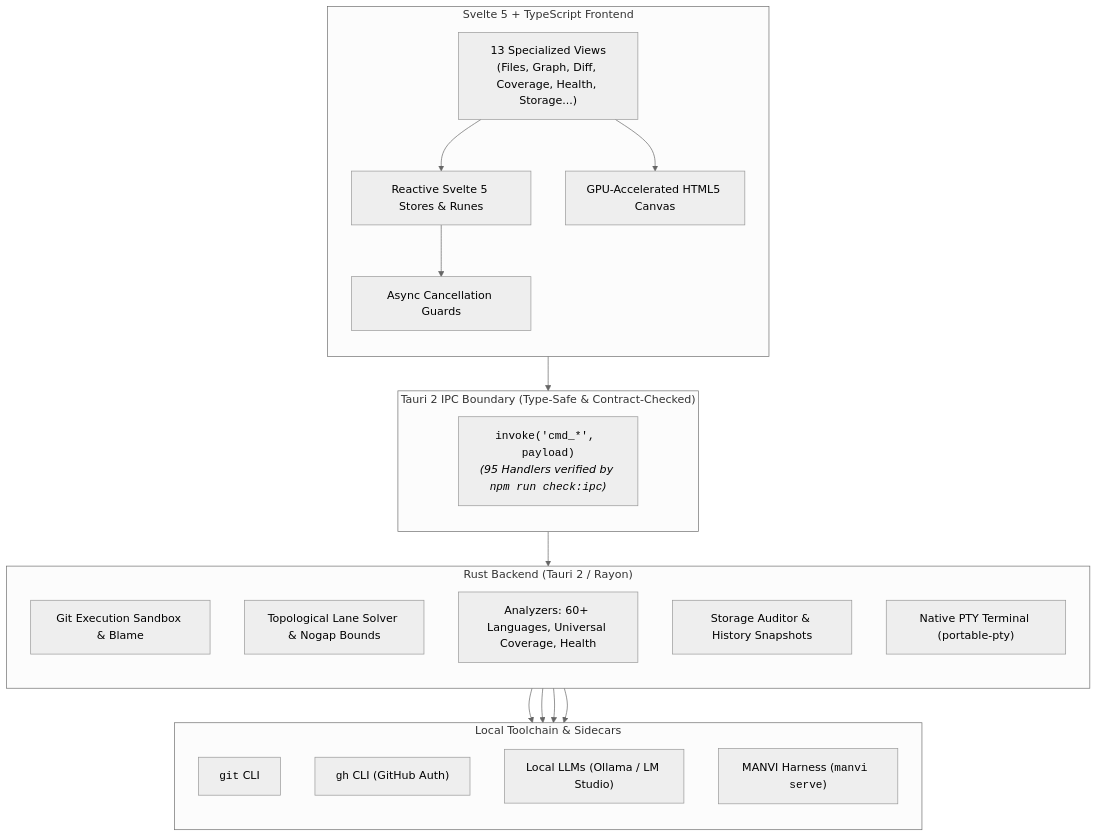
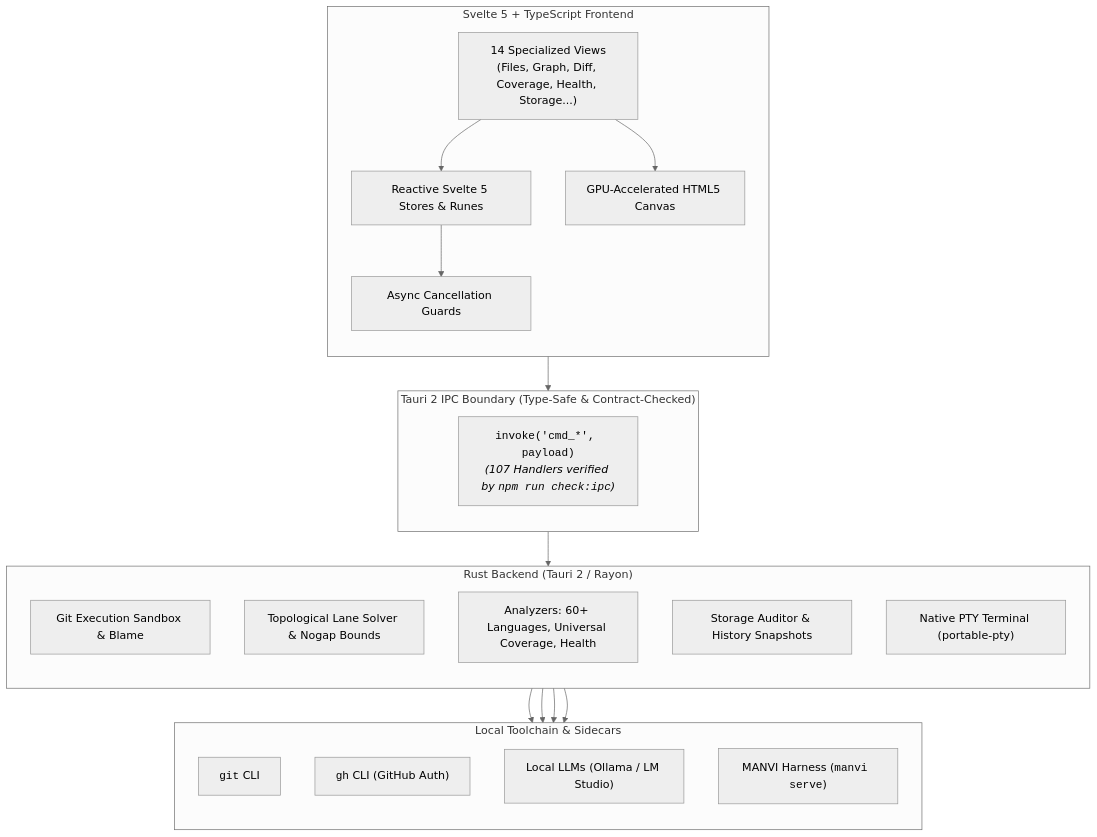
One commit to bharathvbcr/GitPulse changed the first of 4 diagrams in README.md. Above: the diagram before and after it, drawn with Mermaid (neutral theme). The commit also changed other lines of this file and 50 other files, not shown here.

````diff
--- a/README.md
+++ b/README.md
@@ -41,43 +41,43 @@
 ```mermaid
 flowchart TB
     subgraph Frontend["Svelte 5 + TypeScript Frontend"]
         direction TB
-        Views["13 Specialized Views<br/>(Files, Graph, Diff, Coverage, Health, Storage...)"]
+        Views["14 Specialized Views<br/>(Files, Graph, Diff, Coverage, Health, Storage...)"]
         Stores["Reactive Svelte 5 Stores & Runes"]
         CanvasEngine["GPU-Accelerated HTML5 Canvas"]
         AsyncGuards["Async Cancellation Guards"]
         
         Views --> Stores
         Views --> CanvasEngine
         Stores --> AsyncGuards
     end
 
     subgraph IPC["Tauri 2 IPC Boundary (Type-Safe & Contract-Checked)"]
         direction TB
-        IPCBridge["<code>invoke('cmd_*', payload)</code><br/><i>(95 Handlers verified by <code>npm run check:ipc</code>)</i>"]
+        IPCBridge["<code>invoke('cmd_*', payload)</code><br/><i>(107 Handlers verified by <code>npm run check:ipc</code>)</i>"]
     end
 
     subgraph Backend["Rust Backend (Tauri 2 / Rayon)"]
         direction TB
         GitSandbox["Git Execution Sandbox & Blame"]
         GraphSolver["Topological Lane Solver & Nogap Bounds"]
         Analyzers["Analyzers: 60+ Languages, Universal Coverage, Health"]
         StorageEngine["Storage Auditor & History Snapshots"]
         TerminalPTY["Native PTY Terminal (portable-pty)"]
     end
 
     subgraph LocalTools["Local Toolchain & Sidecars"]
         direction TB
         GitCLI["<code>git</code> CLI"]
         GhCLI["<code>gh</code> CLI (GitHub Auth)"]
         LocalAI["Local LLMs (Ollama / LM Studio)"]
         ManviSidecar["MANVI Harness (<code>manvi serve</code>)"]
     end
 
     AsyncGuards --> IPCBridge
     IPCBridge --> Backend
     GitSandbox --> GitCLI
     Analyzers --> GhCLI
     Analyzers --> LocalAI
     Backend --> ManviSidecar
 ```
````
